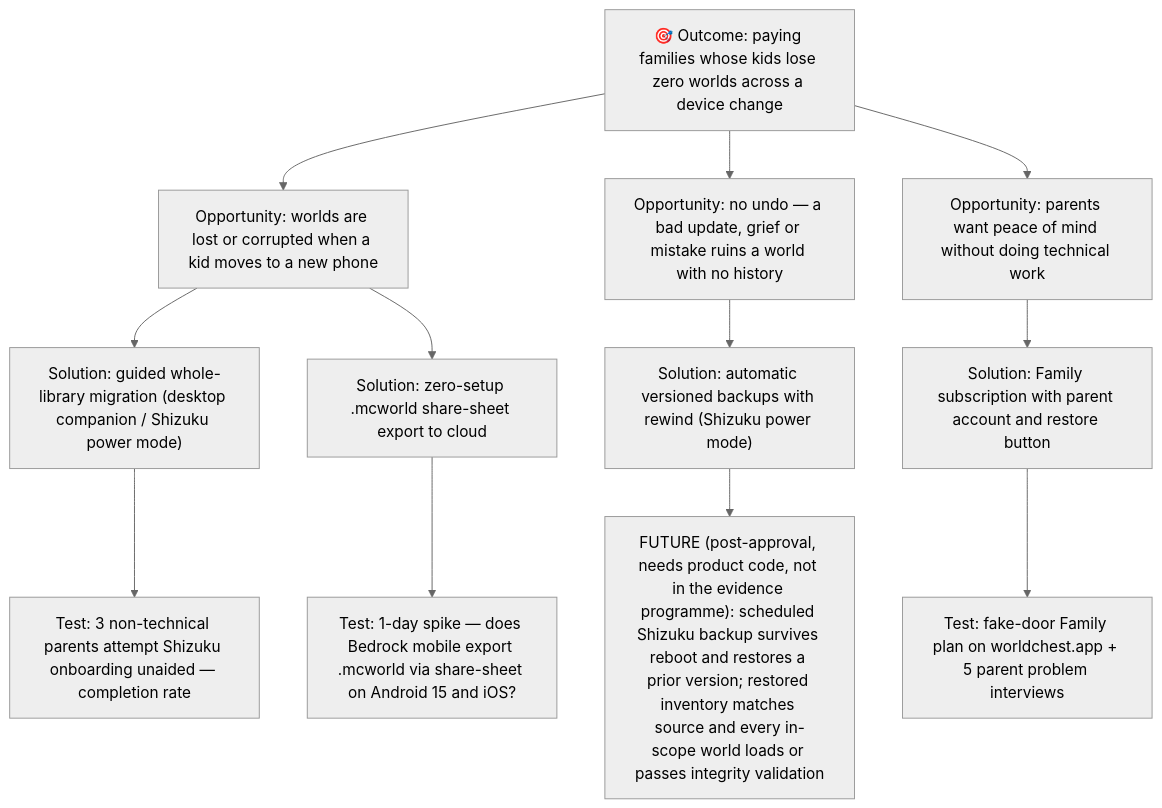
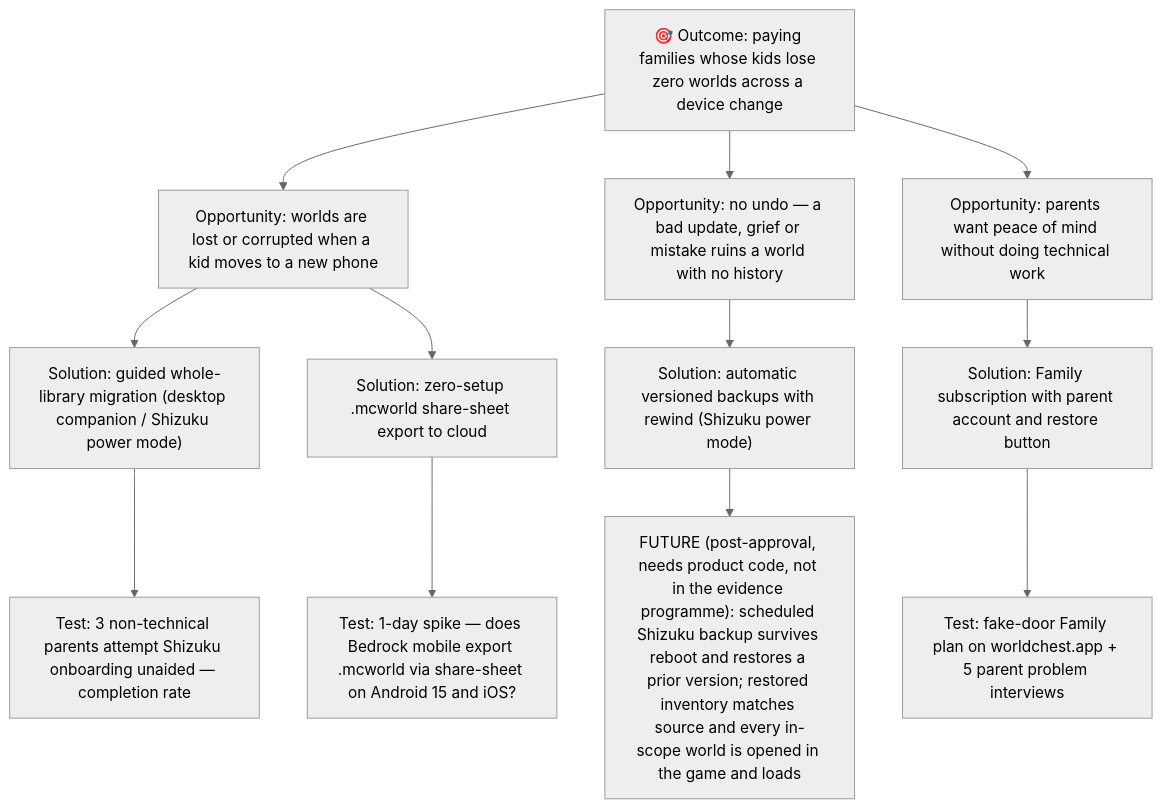
One commit to combsmith/worldchest changed the diagram in _bmad-output/planning-artifacts/ost.md. Above: the diagram before and after it, drawn with Mermaid (neutral theme). The commit also changed 4 other files, not shown here.

````diff
--- a/_bmad-output/planning-artifacts/ost.md
+++ b/_bmad-output/planning-artifacts/ost.md
@@ -11,18 +11,18 @@
 ```mermaid
 flowchart TD
     O["🎯 Outcome: paying families whose kids lose zero worlds across a device change"]
 
     O --> OPP1["Opportunity: worlds are lost or corrupted when a kid moves to a new phone"]
     O --> OPP2["Opportunity: no undo — a bad update, grief or mistake ruins a world with no history"]
     O --> OPP3["Opportunity: parents want peace of mind without doing technical work"]
 
     OPP1 --> S1["Solution: guided whole-library migration (desktop companion / Shizuku power mode)"]
     OPP1 --> S2["Solution: zero-setup .mcworld share-sheet export to cloud"]
     OPP2 --> S3["Solution: automatic versioned backups with rewind (Shizuku power mode)"]
     OPP3 --> S4["Solution: Family subscription with parent account and restore button"]
 
     S1 --> A1["Test: 3 non-technical parents attempt Shizuku onboarding unaided — completion rate"]
     S2 --> A2["Test: 1-day spike — does Bedrock mobile export .mcworld via share-sheet on Android 15 and iOS?"]
-    S3 --> A3["FUTURE (post-approval, needs product code, not in the evidence programme): scheduled Shizuku backup survives reboot and restores a prior version; restored inventory matches source and every in-scope world loads or passes integrity validation"]
+    S3 --> A3["FUTURE (post-approval, needs product code, not in the evidence programme): scheduled Shizuku backup survives reboot and restores a prior version; restored inventory matches source and every in-scope world is opened in the game and loads"]
     S4 --> A4["Test: fake-door Family plan on worldchest.app + 5 parent problem interviews"]
 ```
````
